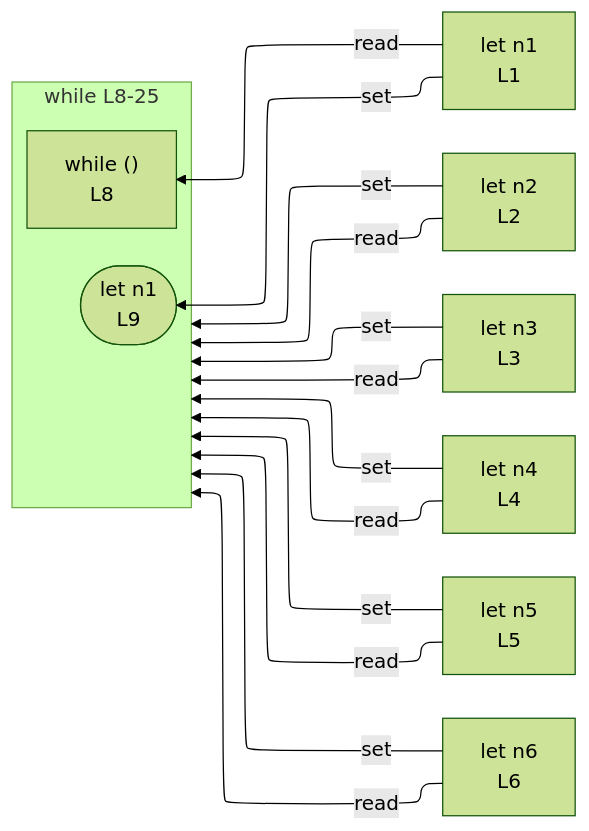
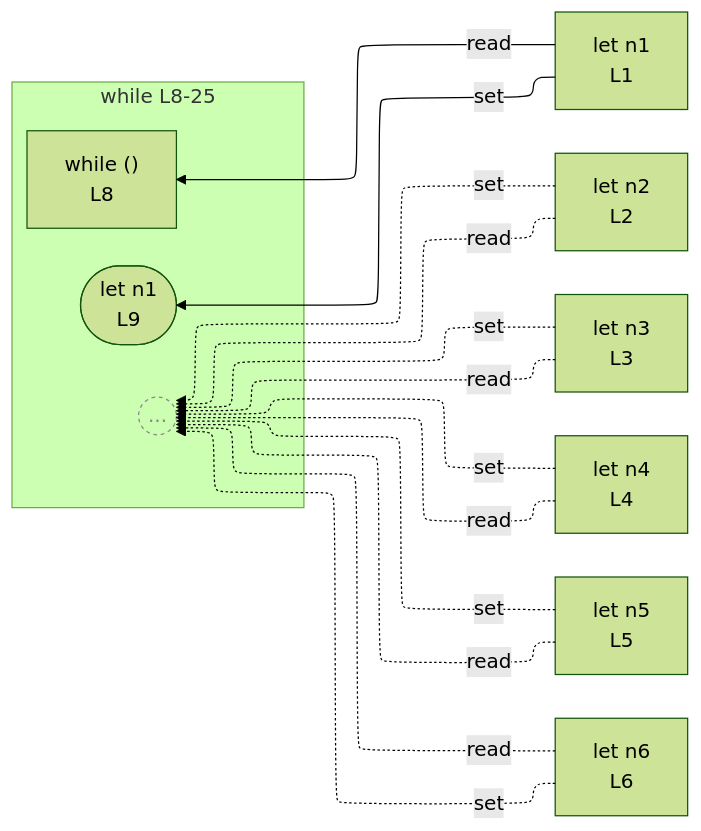
The diagram in integration/fixtures/app-behavior/depth/while/depth-1/preview.md (crescware/unsnarl), drawn with Mermaid (forest theme) before and after one commit. The commit also changed 72 other files, not shown here.

First line of the commit message:
Render anonymous collapsed scopes as a BeyondDepth `((...))` stub

````diff
--- a/integration/fixtures/app-behavior/depth/while/depth-1/preview.md
+++ b/integration/fixtures/app-behavior/depth/while/depth-1/preview.md
@@ -35,27 +35,30 @@
 ```mermaid
 %%{init: {"flowchart": {"defaultRenderer": "elk"}}}%%
 flowchart RL
   n_scope_0_n1_4["let n1<br/>L1"]
   n_scope_0_n2_16["let n2<br/>L2"]
   n_scope_0_n3_28["let n3<br/>L3"]
   n_scope_0_n4_40["let n4<br/>L4"]
   n_scope_0_n5_52["let n5<br/>L5"]
   n_scope_0_n6_64["let n6<br/>L6"]
   subgraph s_scope_1["while L8-25"]
     direction RL
     while_test_scope_0_73["while ()<br/>L8"]
     wr_ref_7(["let n1<br/>L9"])
+    beyond_depth_s_scope_1((...))
   end
   n_scope_0_n1_4 -->|set| wr_ref_7
-  n_scope_0_n2_16 -->|set| s_scope_1
-  n_scope_0_n3_28 -->|set| s_scope_1
-  n_scope_0_n4_40 -->|set| s_scope_1
-  n_scope_0_n5_52 -->|set| s_scope_1
-  n_scope_0_n6_64 -->|set| s_scope_1
+  n_scope_0_n2_16 -.->|set| beyond_depth_s_scope_1
+  n_scope_0_n3_28 -.->|set| beyond_depth_s_scope_1
+  n_scope_0_n4_40 -.->|set| beyond_depth_s_scope_1
+  n_scope_0_n5_52 -.->|set| beyond_depth_s_scope_1
+  n_scope_0_n6_64 -.->|set| beyond_depth_s_scope_1
   n_scope_0_n1_4 -->|read| while_test_scope_0_73
-  n_scope_0_n2_16 -->|read| s_scope_1
-  n_scope_0_n3_28 -->|read| s_scope_1
-  n_scope_0_n4_40 -->|read| s_scope_1
-  n_scope_0_n5_52 -->|read| s_scope_1
-  n_scope_0_n6_64 -->|read| s_scope_1
+  n_scope_0_n2_16 -.->|read| beyond_depth_s_scope_1
+  n_scope_0_n3_28 -.->|read| beyond_depth_s_scope_1
+  n_scope_0_n4_40 -.->|read| beyond_depth_s_scope_1
+  n_scope_0_n5_52 -.->|read| beyond_depth_s_scope_1
+  n_scope_0_n6_64 -.->|read| beyond_depth_s_scope_1
+  classDef boundaryStub fill:transparent,stroke:#888,stroke-dasharray:3 3,color:#888;
+  class beyond_depth_s_scope_1 boundaryStub;
 ```
````
